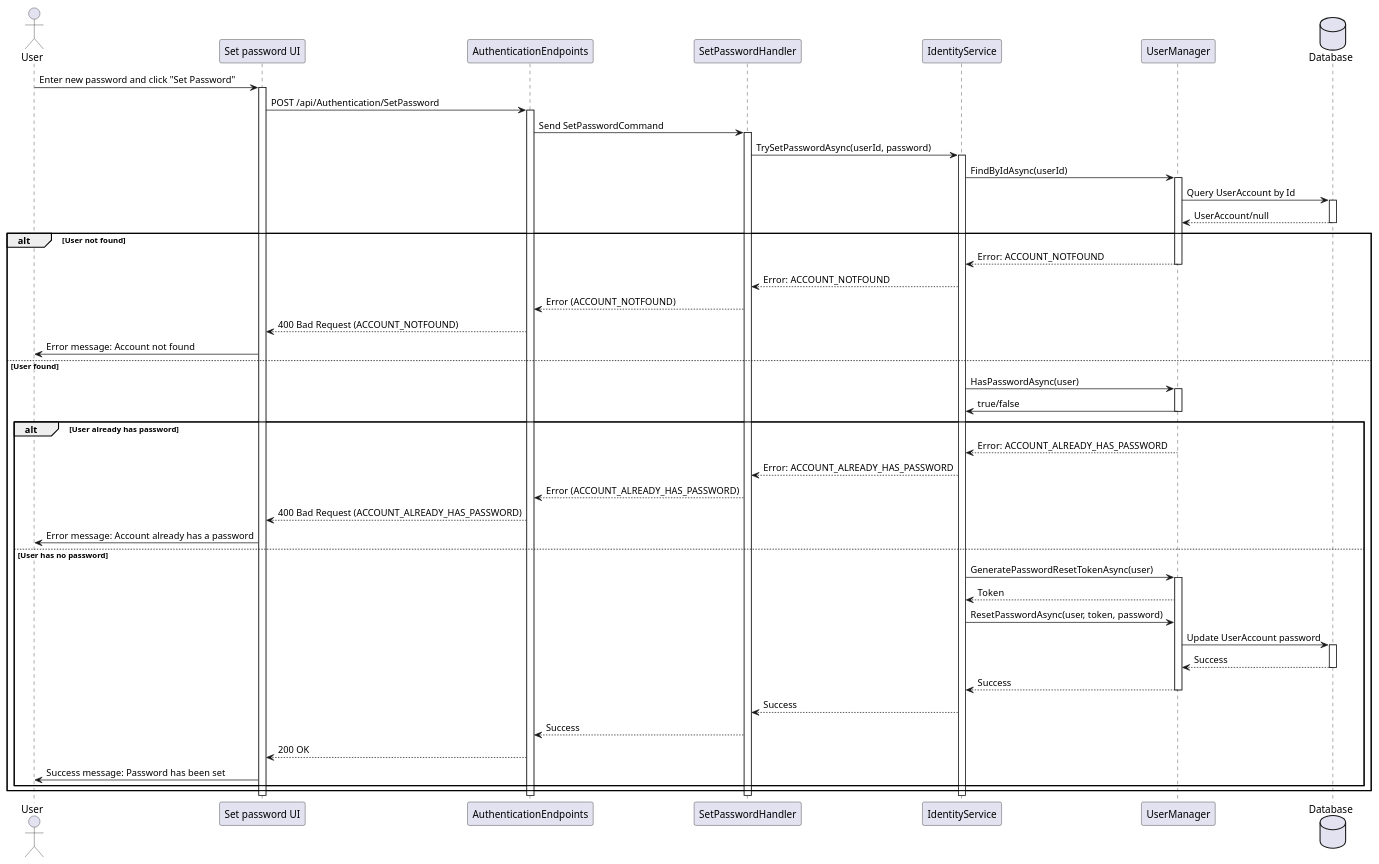
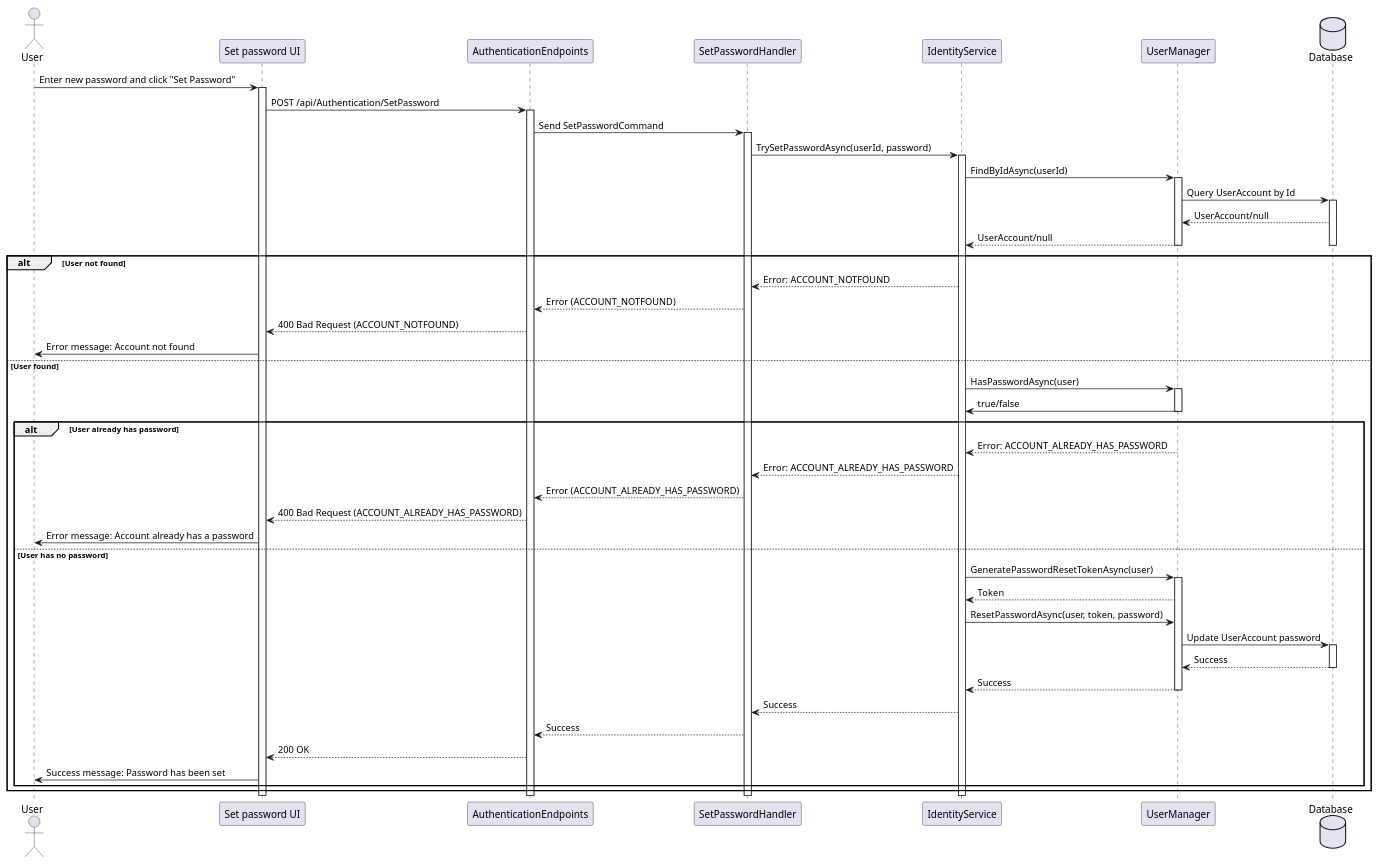
One commit to thanhkhac/SEP_Diagram changed the diagram in authentication/sequence/11_SetPassword.puml. Above: the diagram before and after it, drawn with PlantUML. The commit also changed 30 other files, not shown here.

First line of the commit message:
Refactor sequence diagrams and update actor names

```diff
--- a/authentication/sequence/11_SetPassword.puml
+++ b/authentication/sequence/11_SetPassword.puml
@@ -1,64 +1,67 @@
 @startuml
 actor User
 participant "Set password UI" as UI
 participant AuthenticationEndpoints
 participant SetPasswordHandler
 participant IdentityService
 participant UserManager
 Database Database
 
 User -> UI : Enter new password and click "Set Password"
 activate UI
 UI -> AuthenticationEndpoints : POST /api/Authentication/SetPassword
 activate AuthenticationEndpoints
 AuthenticationEndpoints -> SetPasswordHandler : Send SetPasswordCommand
 activate SetPasswordHandler
 SetPasswordHandler -> IdentityService : TrySetPasswordAsync(userId, password)
 activate IdentityService
 IdentityService -> UserManager : FindByIdAsync(userId)
 activate UserManager
 UserManager -> Database : Query UserAccount by Id
 activate Database
 Database --> UserManager : UserAccount/null
+    UserManager --> IdentityService : UserAccount/null
+
 deactivate Database
+    deactivate UserManager
+
 alt User not found
-    UserManager --> IdentityService : Error: ACCOUNT_NOTFOUND
     deactivate UserManager
     IdentityService --> SetPasswordHandler : Error: ACCOUNT_NOTFOUND
     SetPasswordHandler --> AuthenticationEndpoints : Error (ACCOUNT_NOTFOUND)
     AuthenticationEndpoints --> UI : 400 Bad Request (ACCOUNT_NOTFOUND)
     UI -> User : Error message: Account not found
 else User found
     IdentityService -> UserManager : HasPasswordAsync(user)
     activate UserManager
     UserManager -> IdentityService: true/false
     deactivate UserManager
     alt User already has password
         UserManager --> IdentityService : Error: ACCOUNT_ALREADY_HAS_PASSWORD
         
         IdentityService --> SetPasswordHandler : Error: ACCOUNT_ALREADY_HAS_PASSWORD
         SetPasswordHandler --> AuthenticationEndpoints : Error (ACCOUNT_ALREADY_HAS_PASSWORD)
         AuthenticationEndpoints --> UI : 400 Bad Request (ACCOUNT_ALREADY_HAS_PASSWORD)
         UI -> User : Error message: Account already has a password
     else User has no password
         IdentityService -> UserManager : GeneratePasswordResetTokenAsync(user)
         activate UserManager
         UserManager --> IdentityService : Token
         IdentityService -> UserManager : ResetPasswordAsync(user, token, password)
         UserManager -> Database : Update UserAccount password
         activate Database
         Database --> UserManager : Success
         deactivate Database
         UserManager --> IdentityService : Success
         deactivate UserManager
         IdentityService --> SetPasswordHandler : Success
         SetPasswordHandler --> AuthenticationEndpoints : Success
         AuthenticationEndpoints --> UI : 200 OK
         UI -> User : Success message: Password has been set
     end
 end
 deactivate IdentityService
 deactivate SetPasswordHandler
 deactivate AuthenticationEndpoints
 deactivate UI
 @enduml
```
